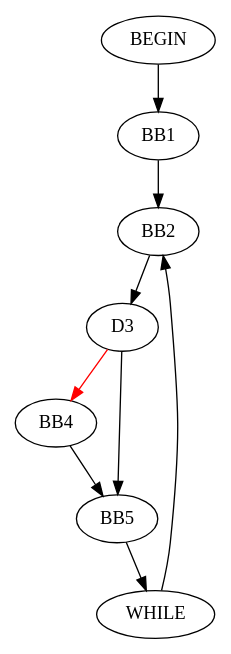
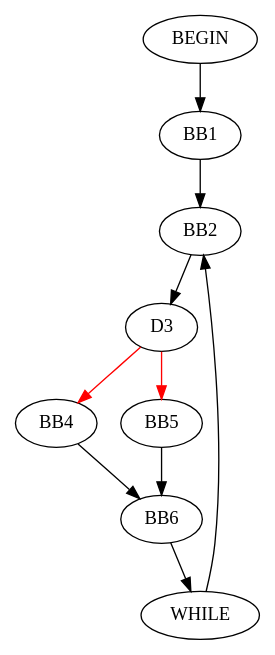
The diagram in resources/cfg.dot (sujitkc/symtest), drawn with Graphviz before and after one commit. The commit also changed 144 other files, not shown here.

```diff
--- a/resources/cfg.dot
+++ b/resources/cfg.dot
@@ -1,1 +1,1 @@
-digraph G {BEGIN->BB1;BB1->BB2;WHILE->BB2;BB2->D3;D3->BB4[color=red, pendwidth=3.0];BB4->BB5;D3->BB5;BB5->WHILE;}
+digraph G {BEGIN->BB1;BB1->BB2;WHILE->BB2;BB2->D3;D3->BB4[color=red, pendwidth=3.0];D3->BB5[color=red, pendwidth=3.0];BB4->BB6;BB5->BB6;BB6->WHILE;}
```
